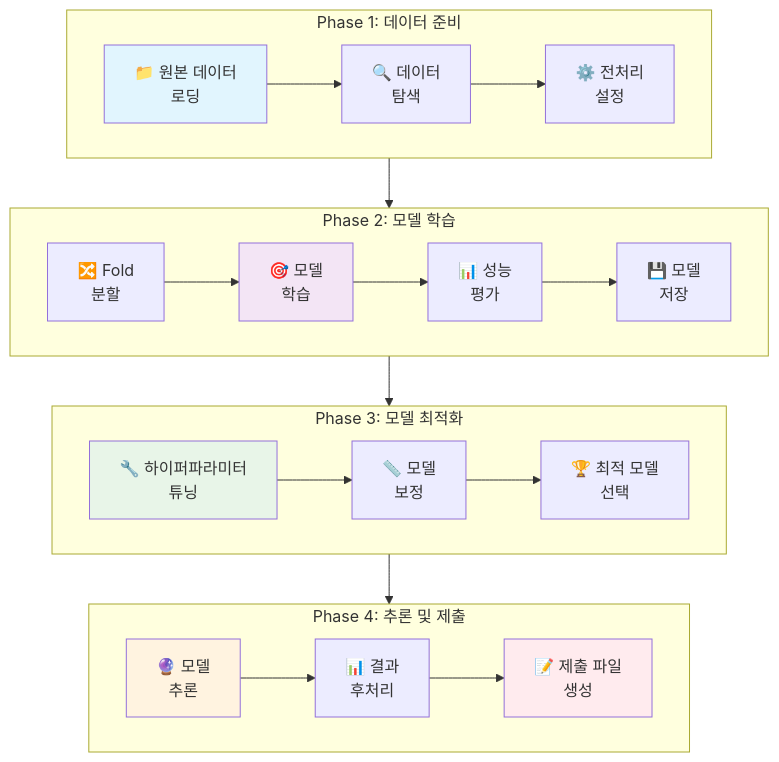
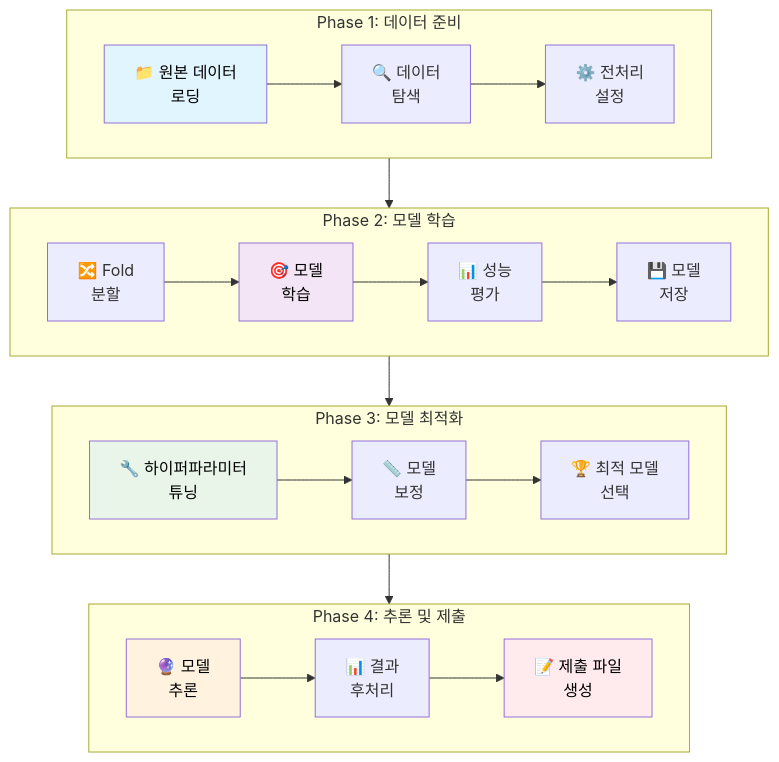
Before and after one commit to nimnusmik/CV_documents_classification_competition: the second of 3 diagrams in docs/파이프라인/전체_파이프라인_가이드.md, drawn with Mermaid. The commit also changed other lines of this file and 11 other files, not shown here.

Commit message:
docs: mermaid 글자 색상 명확한 검정색으로 수정

````diff
--- a/docs/파이프라인/전체_파이프라인_가이드.md
+++ b/docs/파이프라인/전체_파이프라인_가이드.md
@@ -60,46 +60,46 @@
 ```mermaid
 flowchart TD
     subgraph Phase1 ["Phase 1: 데이터 준비"]
         direction LR
         A1["📁 원본 데이터<br/>로딩"]
         A2["🔍 데이터<br/>탐색"]
         A3["⚙️ 전처리<br/>설정"]
         A1 --> A2 --> A3
     end
     
     subgraph Phase2 ["Phase 2: 모델 학습"]
         direction LR
         B1["🔀 Fold<br/>분할"]
         B2["🎯 모델<br/>학습"]
         B3["📊 성능<br/>평가"]
         B4["💾 모델<br/>저장"]
         B1 --> B2 --> B3 --> B4
     end
     
     subgraph Phase3 ["Phase 3: 모델 최적화"]
         direction LR
         C1["🔧 하이퍼파라미터<br/>튜닝"]
         C2["📏 모델<br/>보정"]
         C3["🏆 최적 모델<br/>선택"]
         C1 --> C2 --> C3
     end
     
     subgraph Phase4 ["Phase 4: 추론 및 제출"]
         direction LR
         D1["🔮 모델<br/>추론"]
         D2["📊 결과<br/>후처리"]
         D3["📝 제출 파일<br/>생성"]
         D1 --> D2 --> D3
     end
     
     %% 서브그래프 간 세로 연결
     Phase1 --> Phase2
     Phase2 --> Phase3
     Phase3 --> Phase4
     
-    style A1 fill:#e1f5fe
-    style B2 fill:#f3e5f5
-    style C1 fill:#e8f5e8
-    style D1 fill:#fff3e0
-    style D3 fill:#ffebee
+    style A1 fill:#e1f5fe, color:#000000
+    style B2 fill:#f3e5f5, color:#000000
+    style C1 fill:#e8f5e8, color:#000000
+    style D1 fill:#fff3e0, color:#000000
+    style D3 fill:#ffebee, color:#000000
 ```
````
